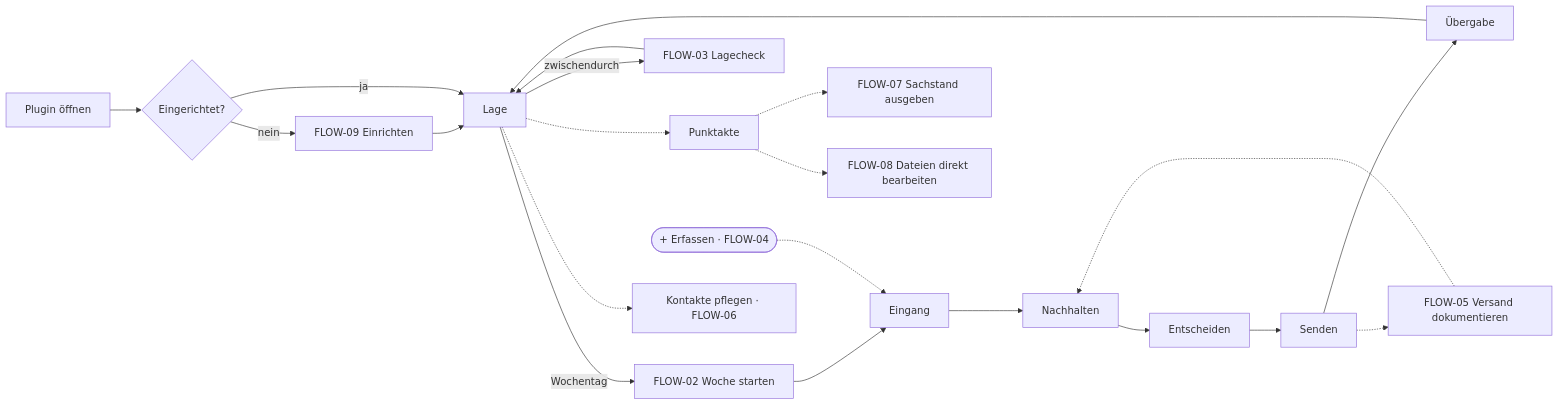
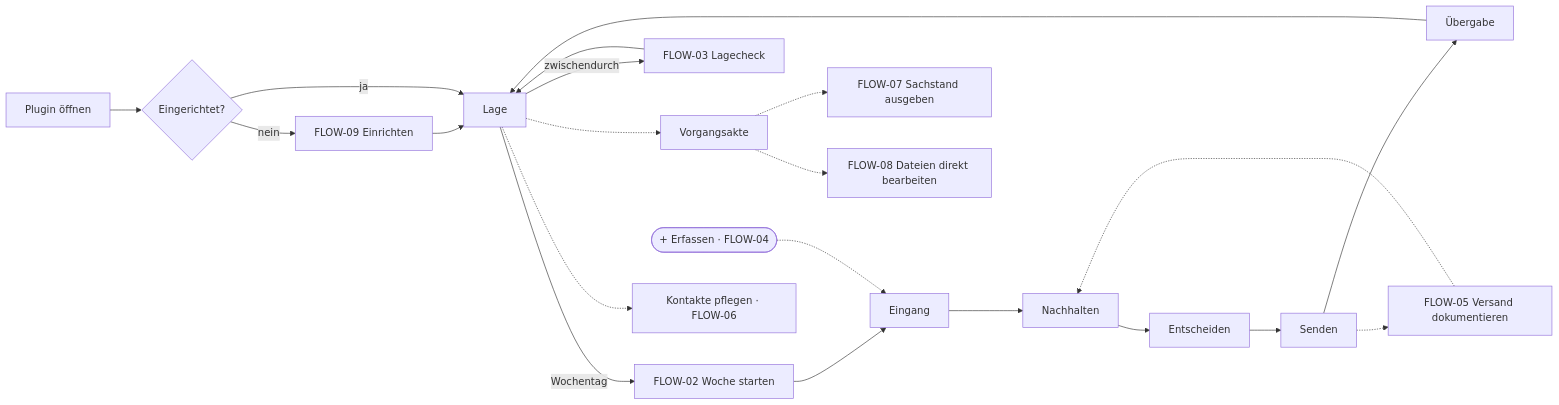
One commit to Luis85/weg-manager changed the diagram in docs/design/user-flows/FLOW-01 - Gesamtfluss des Beirats-MVP.md. Above: the diagram before and after it, drawn with Mermaid. The commit also changed other lines of this file and 34 other files, not shown here.

````diff
--- a/docs/design/user-flows/FLOW-01 - Gesamtfluss des Beirats-MVP.md
+++ b/docs/design/user-flows/FLOW-01 - Gesamtfluss des Beirats-MVP.md
@@ -75,18 +75,18 @@
 ```mermaid
 flowchart LR
   A[Plugin öffnen] --> B{Eingerichtet?}
   B -- nein --> E[FLOW-09 Einrichten]
   E --> L
   B -- ja --> L[Lage]
   L -->|Wochentag| W[FLOW-02 Woche starten]
   W --> W1[Eingang] --> W2[Nachhalten] --> W3[Entscheiden] --> W4[Senden] --> W5[Übergabe]
   W5 --> L
   L -->|zwischendurch| C[FLOW-03 Lagecheck]
   C --> L
   X([+ Erfassen · FLOW-04]) -.-> W1
   W4 -.-> S[FLOW-05 Versand dokumentieren]
   S -.-> W2
-  L -.-> P[Punktakte] -.-> O[FLOW-07 Sachstand ausgeben]
+  L -.-> P[Vorgangsakte] -.-> O[FLOW-07 Sachstand ausgeben]
   L -.-> K[Kontakte pflegen · FLOW-06]
   P -.-> F[FLOW-08 Dateien direkt bearbeiten]
 ```
````
